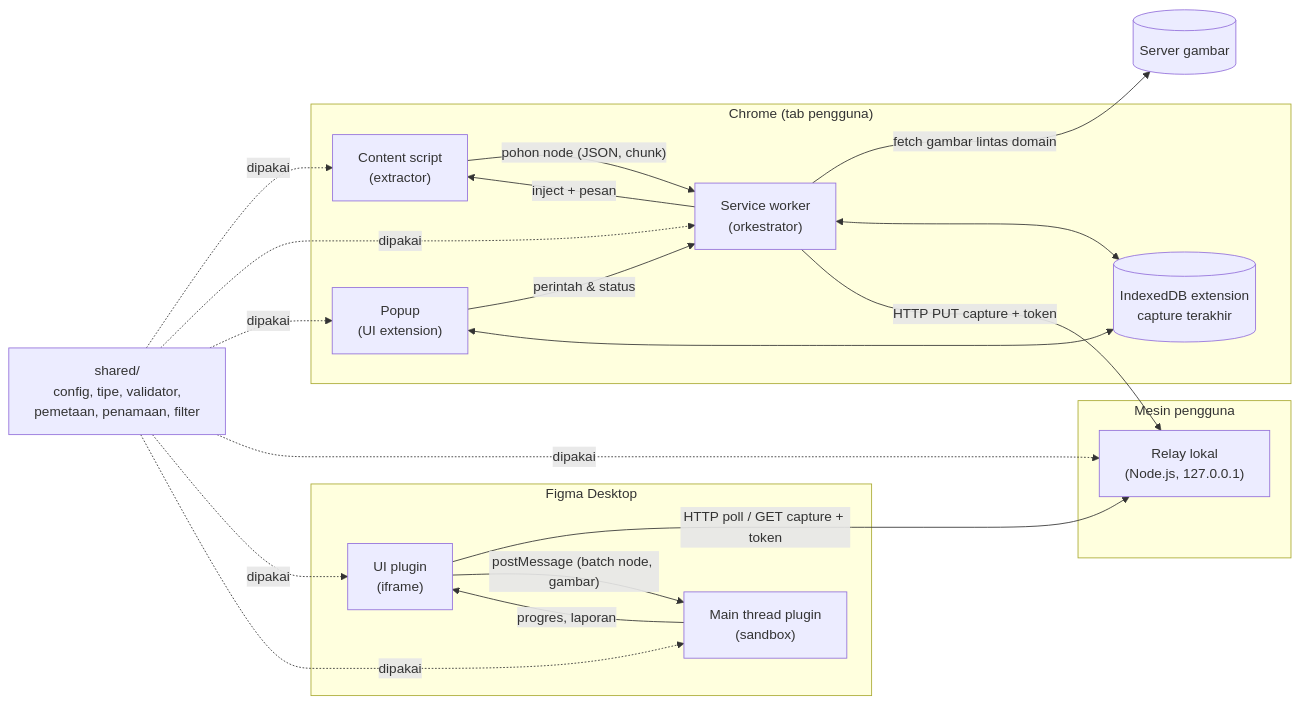
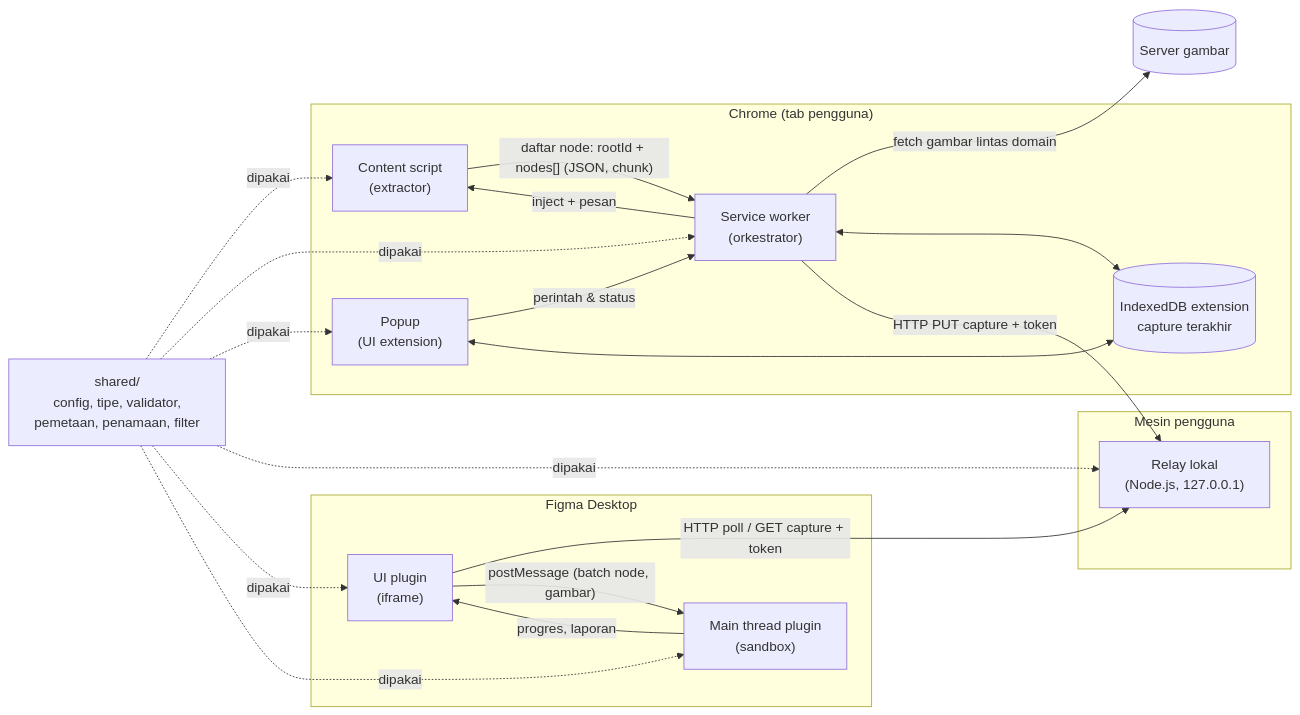
The first of 2 diagrams in docs/ARCHITECTURE.md (aindragt/CodeToFrame), drawn with Mermaid before and after one commit. The commit also changed other lines of this file and 2 other files, not shown here.

First line of the commit message:
docs: apply SCHEMA review to PRD v0.5, ARCHITECTURE v0.1.2, SCHEMA v0.1.1

````diff
--- a/docs/ARCHITECTURE.md
+++ b/docs/ARCHITECTURE.md
@@ -37,29 +37,29 @@
 ```mermaid
 flowchart LR
   subgraph Chrome["Chrome (tab pengguna)"]
     CS["Content script<br/>(extractor)"]
     SW["Service worker<br/>(orkestrator)"]
     POP["Popup<br/>(UI extension)"]
     IDB[("IndexedDB extension<br/>capture terakhir")]
   end
   subgraph Local["Mesin pengguna"]
     RL["Relay lokal<br/>(Node.js, 127.0.0.1)"]
   end
   subgraph Figma["Figma Desktop"]
     UI["UI plugin<br/>(iframe)"]
     MAIN["Main thread plugin<br/>(sandbox)"]
   end
   SH["shared/<br/>config, tipe, validator,<br/>pemetaan, penamaan, filter"]
 
   POP -- "perintah & status" --> SW
   SW -- "inject + pesan" --> CS
-  CS -- "pohon node (JSON, chunk)" --> SW
+  CS -- "daftar node: rootId + nodes[] (JSON, chunk)" --> SW
   SW -- "fetch gambar lintas domain" --> Web[(Server gambar)]
   SW <--> IDB
   POP <--> IDB
   SW -- "HTTP PUT capture + token" --> RL
   UI -- "HTTP poll / GET capture + token" --> RL
   UI -- "postMessage (batch node, gambar)" --> MAIN
   MAIN -- "progres, laporan" --> UI
   SH -.dipakai.-> CS & SW & POP & RL & UI & MAIN
 ```
````
